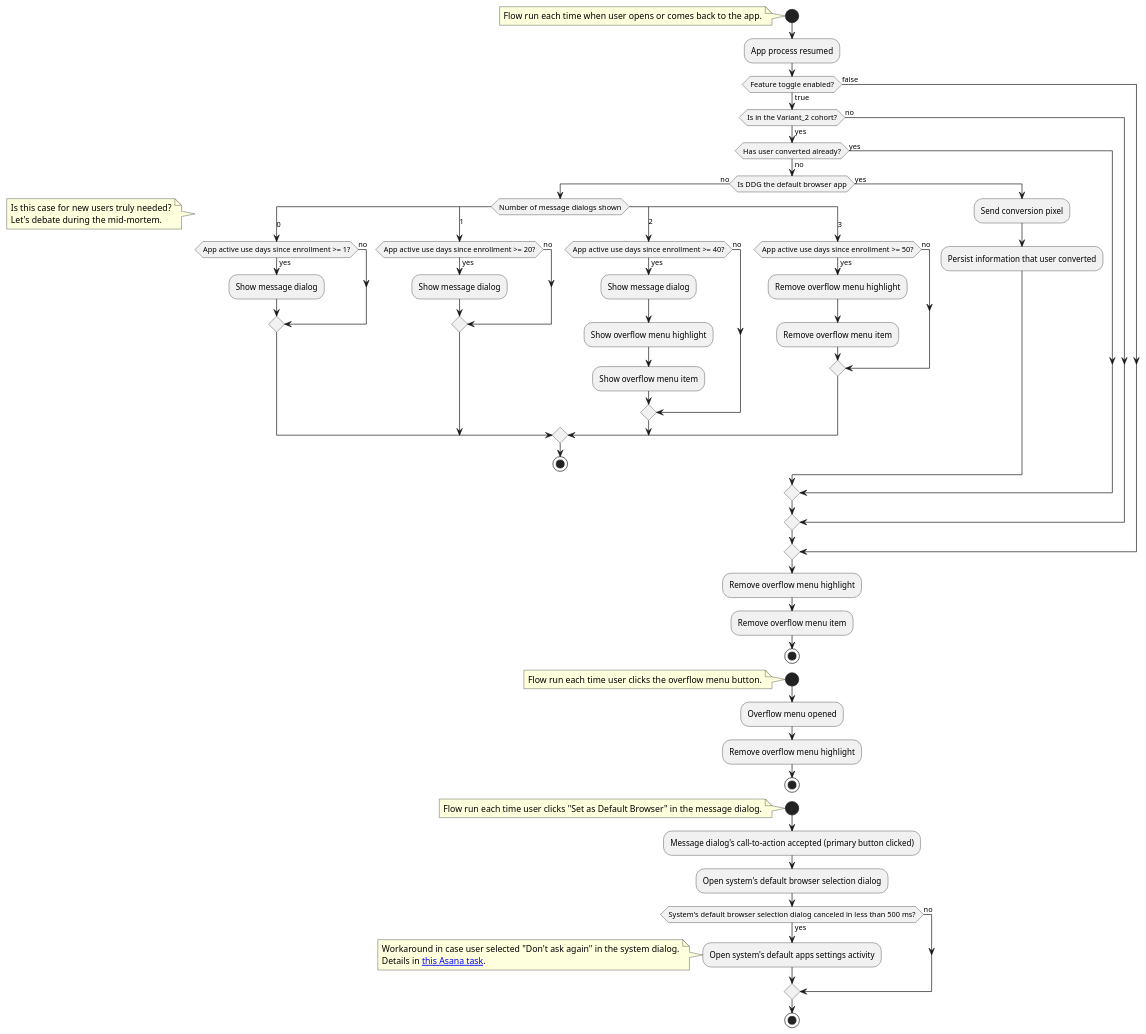
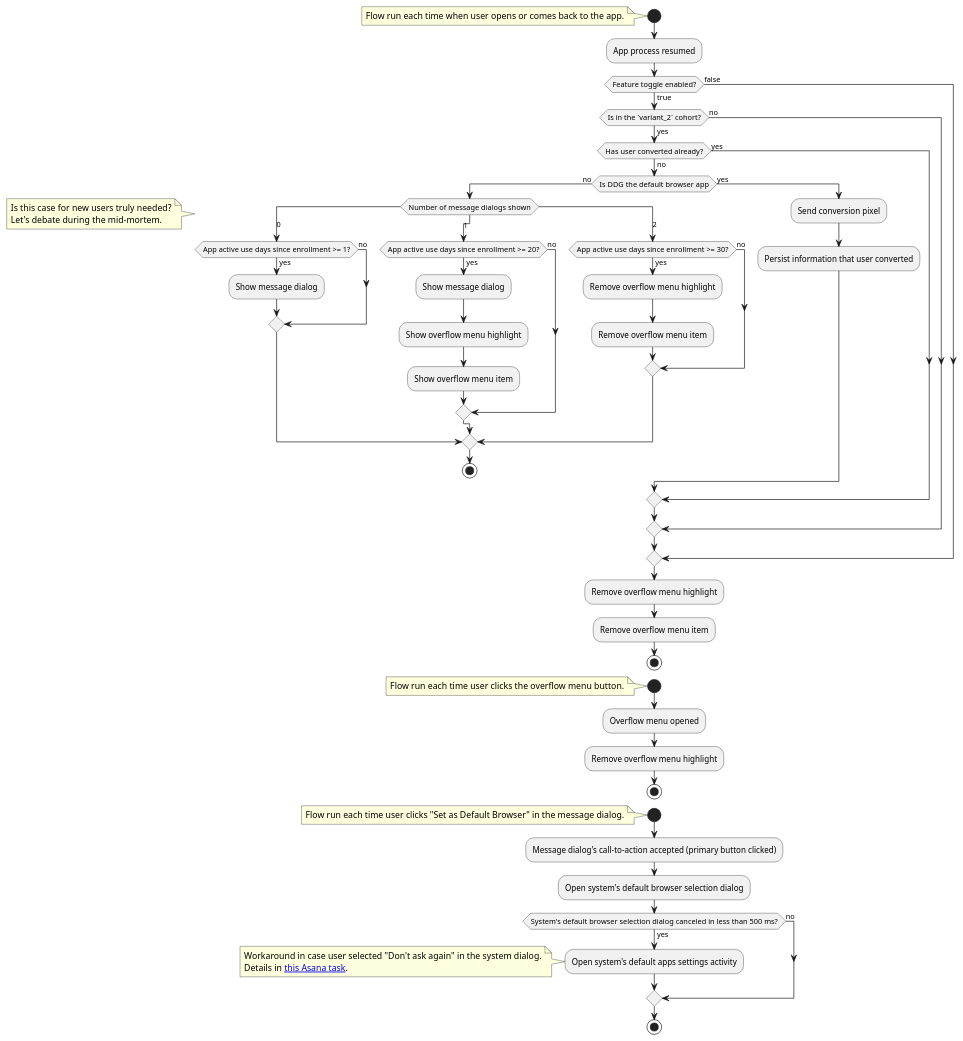
The diagram in app/src/main/java/com/duckduckgo/app/browser/defaultbrowsing/prompts/default_browser_prompts_experiment_variant_2_flow_diagram.puml (duckduckgo/Android), drawn with PlantUML before and after one commit. The commit also changed 1 other file, not shown here.

Commit message:
updated diagrams (also accounts for mid-mortem changes)

```diff
--- a/app/src/main/java/com/duckduckgo/app/browser/defaultbrowsing/prompts/default_browser_prompts_experiment_variant_2_flow_diagram.puml
+++ b/app/src/main/java/com/duckduckgo/app/browser/defaultbrowsing/prompts/default_browser_prompts_experiment_variant_2_flow_diagram.puml
@@ -1,79 +1,74 @@
 @startuml
 start
 note
   Flow run each time when user opens or comes back to the app.
 end note
 :App process resumed;
 if (Feature toggle enabled?) then (true)
-  if (Is in the Variant_2 cohort?) then (yes)
+  if (Is in the `variant_2` cohort?) then (yes)
     if (Has user converted already?) then (no)
       if (Is DDG the default browser app) then (no)
         switch (Number of message dialogs shown)
         case (0)
         note
           Is this case for new users truly needed?
           Let's debate during the mid-mortem.
         end note
           if (App active use days since enrollment >= 1?) then (yes)
             :Show message dialog;
           else (no)
           endif
         case (1)
           if (App active use days since enrollment >= 20?) then (yes)
             :Show message dialog;
-          else (no)
-          endif
-        case (2)
-          if (App active use days since enrollment >= 40?) then (yes)
-            :Show message dialog;
             :Show overflow menu highlight;
             :Show overflow menu item;
           else (no)
           endif
-        case (3)
-          if (App active use days since enrollment >= 50?) then (yes)
+        case (2)
+          if (App active use days since enrollment >= 30?) then (yes)
             :Remove overflow menu highlight;
             :Remove overflow menu item;
           else (no)
           endif
         endswitch
         stop
       else (yes)
         :Send conversion pixel;
         :Persist information that user converted;
       endif
     else (yes)
     endif
   else (no)
   endif
 else (false)
 endif
 :Remove overflow menu highlight;
 :Remove overflow menu item;
 stop
 
 start
 note
   Flow run each time user clicks the overflow menu button.
 end note
 :Overflow menu opened;
 :Remove overflow menu highlight;
 stop
 
 start
 note
   Flow run each time user clicks "Set as Default Browser" in the message dialog.
 end note
 :Message dialog's call-to-action accepted (primary button clicked);
 :Open system's default browser selection dialog;
 if (System's default browser selection dialog canceled in less than 500 ms?) then (yes)
   :Open system's default apps settings activity;
   note
     Workaround in case user selected "Don't ask again" in the system dialog.
     Details in [[https://app.asana.com/0/0/1208996977455495/f this Asana task]].
   end note
 else (no)
 endif
 stop
 
 @enduml
```
